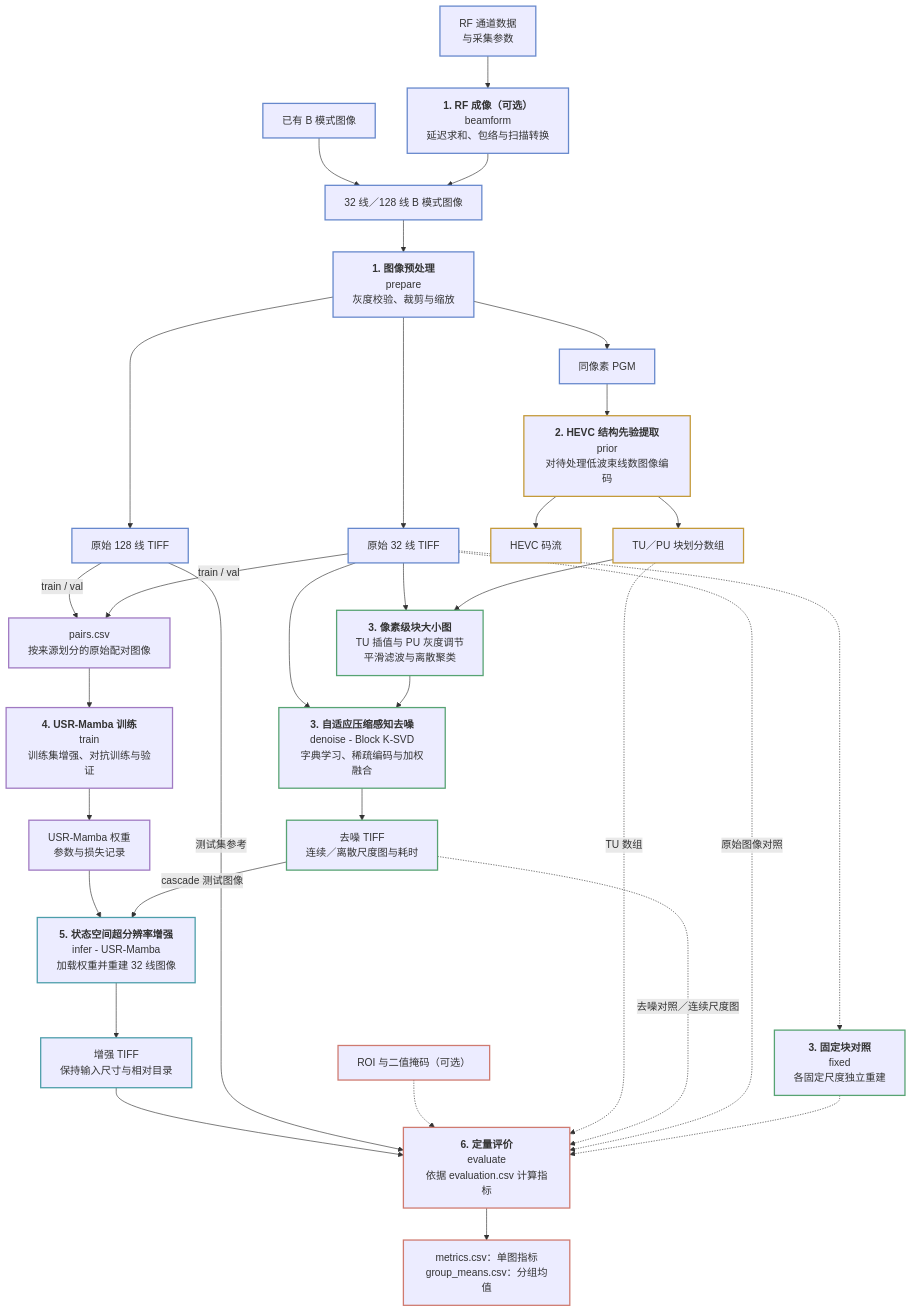
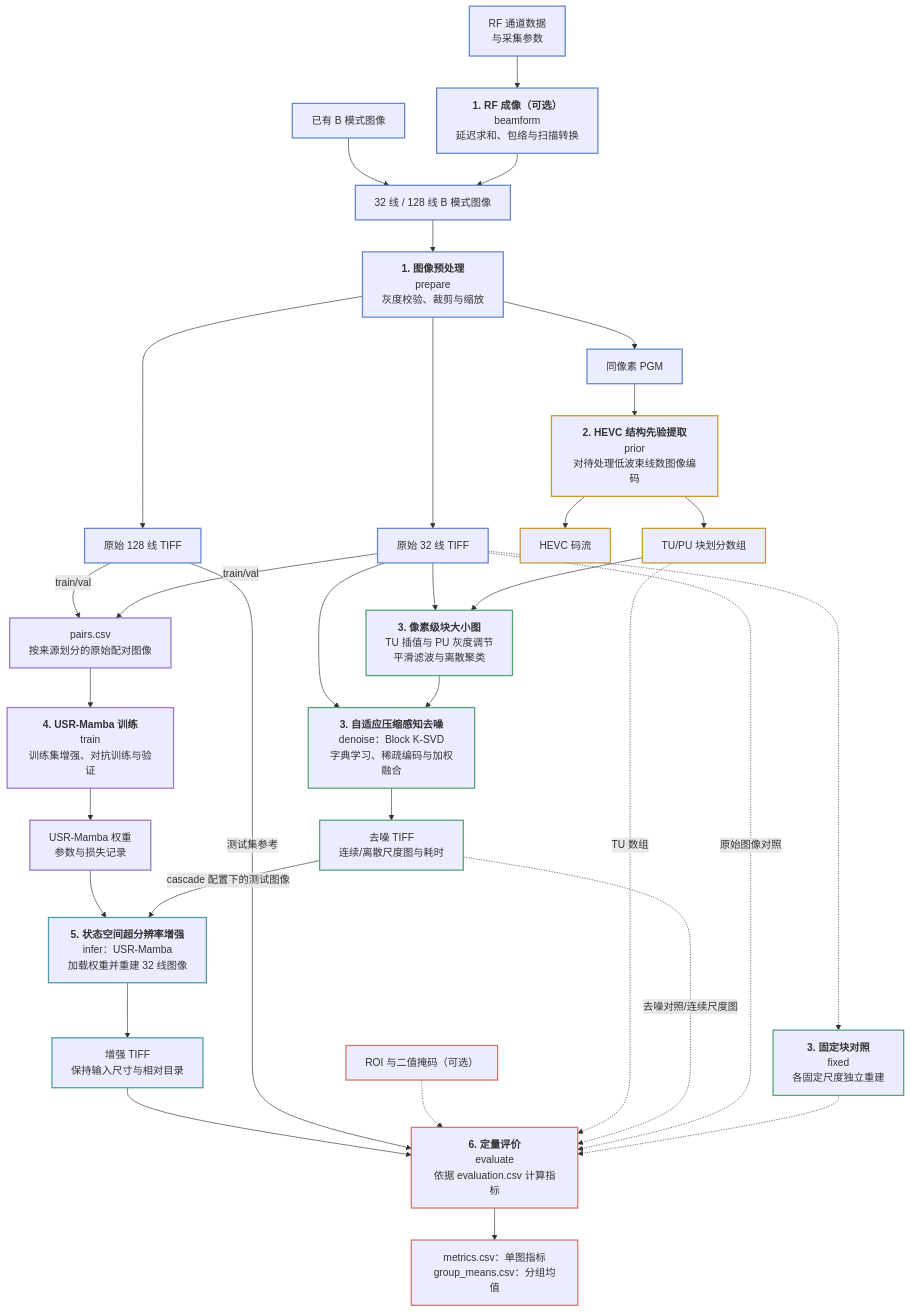
One commit to LumaVistaLab/hevc-ksvd-mamba-for-ultrasound changed the first of 7 diagrams in README_zh-CN.md. Above: the diagram before and after it, drawn with Mermaid. The commit also changed other lines of this file and 3 other files, not shown here.

````diff
--- a/README_zh-CN.md
+++ b/README_zh-CN.md
@@ -15,51 +15,51 @@
 ```mermaid
 flowchart TD
     %% 阶段标题放在普通节点中，避免跨子图连线穿过分组标题与边界。
     RF["RF 通道数据<br/>与采集参数"] --> BF["<b>1. RF 成像（可选）</b><br/>beamform<br/>延迟求和、包络与扫描转换"]
-    BF --> BM["32 线／128 线 B 模式图像"]
+    BF --> BM["32 线 / 128 线 B 模式图像"]
     Existing["已有 B 模式图像"] --> BM
     BM --> Prep["<b>1. 图像预处理</b><br/>prepare<br/>灰度校验、裁剪与缩放"]
     Prep --> Low["原始 32 线 TIFF"]
     Prep --> High["原始 128 线 TIFF"]
     Prep --> PGM["同像素 PGM"]
 
     PGM --> HEVC["<b>2. HEVC 结构先验提取</b><br/>prior<br/>对待处理低波束线数图像编码"]
     HEVC --> Stream["HEVC 码流"]
-    HEVC --> Blocks["TU／PU 块划分数组"]
+    HEVC --> Blocks["TU/PU 块划分数组"]
     Blocks --> Maps["<b>3. 像素级块大小图</b><br/>TU 插值与 PU 灰度调节<br/>平滑滤波与离散聚类"]
     Low --> Maps
-    Maps --> KSVD["<b>3. 自适应压缩感知去噪</b><br/>denoise - Block K-SVD<br/>字典学习、稀疏编码与加权融合"]
+    Maps --> KSVD["<b>3. 自适应压缩感知去噪</b><br/>denoise：Block K-SVD<br/>字典学习、稀疏编码与加权融合"]
     Low --> KSVD
-    KSVD --> Denoised["去噪 TIFF<br/>连续／离散尺度图与耗时"]
+    KSVD --> Denoised["去噪 TIFF<br/>连续/离散尺度图与耗时"]
 
-    Low -->|train / val| Pairs["pairs.csv<br/>按来源划分的原始配对图像"]
-    High -->|train / val| Pairs
+    Low -->|train/val| Pairs["pairs.csv<br/>按来源划分的原始配对图像"]
+    High -->|train/val| Pairs
     Pairs --> Train["<b>4. USR-Mamba 训练</b><br/>train<br/>训练集增强、对抗训练与验证"]
     Train --> Weights["USR-Mamba 权重<br/>参数与损失记录"]
-    Denoised -->|cascade 测试图像| Infer["<b>5. 状态空间超分辨率增强</b><br/>infer - USR-Mamba<br/>加载权重并重建 32 线图像"]
+    Denoised -->|cascade 配置下的测试图像| Infer["<b>5. 状态空间超分辨率增强</b><br/>infer：USR-Mamba<br/>加载权重并重建 32 线图像"]
     Weights --> Infer
     Infer --> Enhanced["增强 TIFF<br/>保持输入尺寸与相对目录"]
 
     Low -.-> Fixed["<b>3. 固定块对照</b><br/>fixed<br/>各固定尺度独立重建"]
     Fixed -.-> Eval["<b>6. 定量评价</b><br/>evaluate<br/>依据 evaluation.csv 计算指标"]
     Low -.->|原始图像对照| Eval
-    Denoised -.->|去噪对照／连续尺度图| Eval
+    Denoised -.->|去噪对照/连续尺度图| Eval
     Blocks -.->|TU 数组| Eval
     Annotations["ROI 与二值掩码（可选）"] -.-> Eval
     High -->|测试集参考| Eval
     Enhanced --> Eval
     Eval --> Reports["metrics.csv：单图指标<br/>group_means.csv：分组均值"]
 
     classDef imaging stroke:#6688cc,stroke-width:2px;
     classDef structure stroke:#c49a3a,stroke-width:2px;
     classDef denoising stroke:#57a373,stroke-width:2px;
     classDef training stroke:#a079c2,stroke-width:2px;
     classDef inference stroke:#4c9eaa,stroke-width:2px;
     classDef metrics stroke:#cf7a70,stroke-width:2px;
     class RF,BF,BM,Existing,Prep,Low,High,PGM imaging;
     class HEVC,Stream,Blocks structure;
     class Maps,KSVD,Denoised,Fixed denoising;
     class Pairs,Train,Weights training;
     class Infer,Enhanced inference;
     class Annotations,Eval,Reports metrics;
 ```
````
